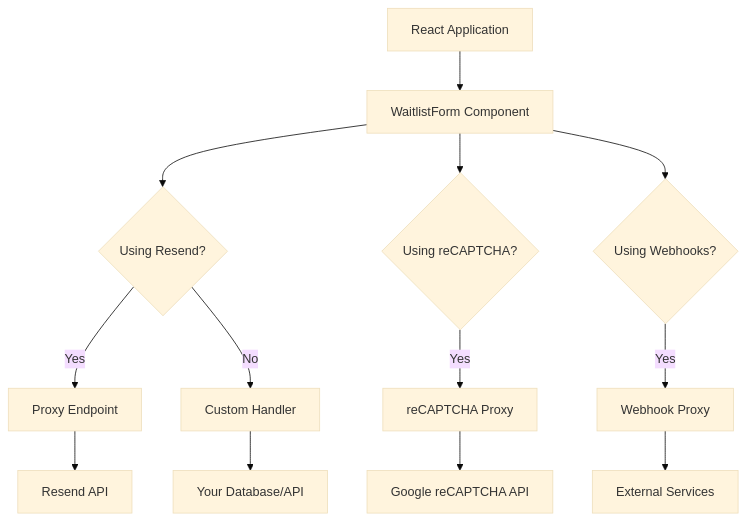
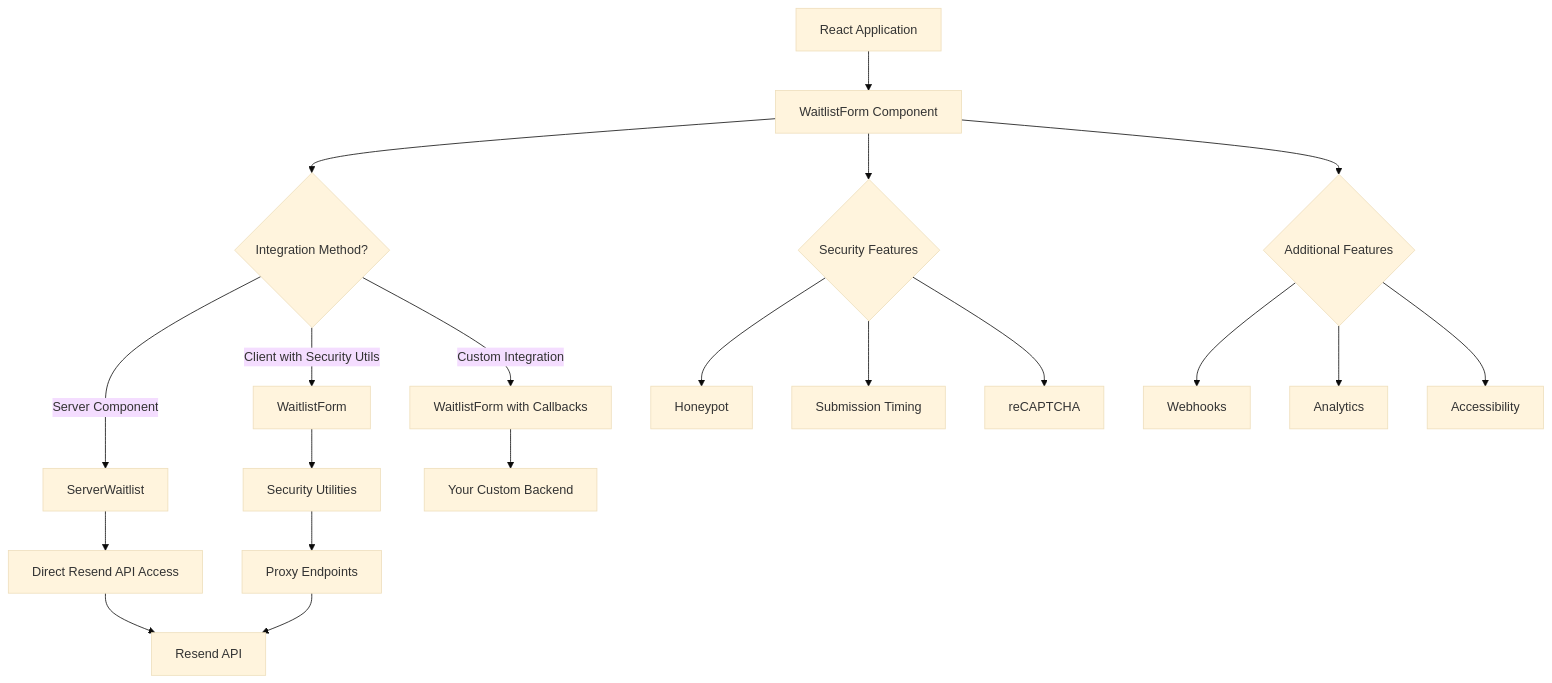
One commit to pmatheusvinhas/react-waitlist changed the diagram in README.md. Above: the diagram before and after it, drawn with Mermaid (base theme). The commit also changed other lines of this file and 1 other file, not shown here.

Commit message:
docs: emphasize self-contained nature and security options

````diff
--- a/README.md
+++ b/README.md
@@ -318,17 +397,27 @@
 ```mermaid
 graph TD
     A[React Application] --> B[WaitlistForm Component]
-    B --> C{Using Resend?}
-    C -->|Yes| D[Proxy Endpoint]
-    C -->|No| E[Custom Handler]
-    D --> F[Resend API]
-    E --> G[Your Database/API]
+    B --> C{Integration Method?}
     
-    B --> H{Using reCAPTCHA?}
-    H -->|Yes| I[reCAPTCHA Proxy]
-    I --> J[Google reCAPTCHA API]
+    C -->|Server Component| D[ServerWaitlist]
+    D --> E[Direct Resend API Access]
+    E --> F[Resend API]
     
-    B --> K{Using Webhooks?}
-    K -->|Yes| L[Webhook Proxy]
-    L --> M[External Services]
+    C -->|Client with Security Utils| G[WaitlistForm]
+    G --> H[Security Utilities]
+    H --> I[Proxy Endpoints]
+    I --> F
+    
+    C -->|Custom Integration| J[WaitlistForm with Callbacks]
+    J --> K[Your Custom Backend]
+    
+    B --> L{Security Features}
+    L --> M[Honeypot]
+    L --> N[Submission Timing]
+    L --> O[reCAPTCHA]
+    
+    B --> P{Additional Features}
+    P --> Q[Webhooks]
+    P --> R[Analytics]
+    P --> S[Accessibility]
 ```
````
